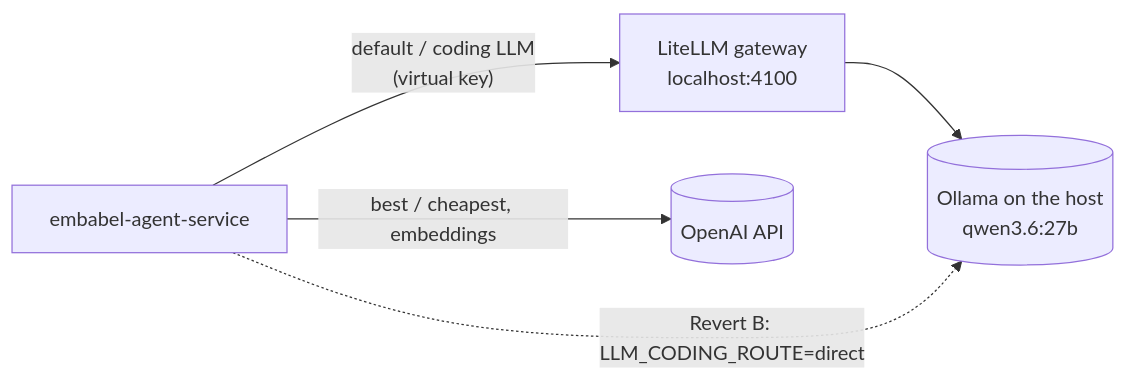
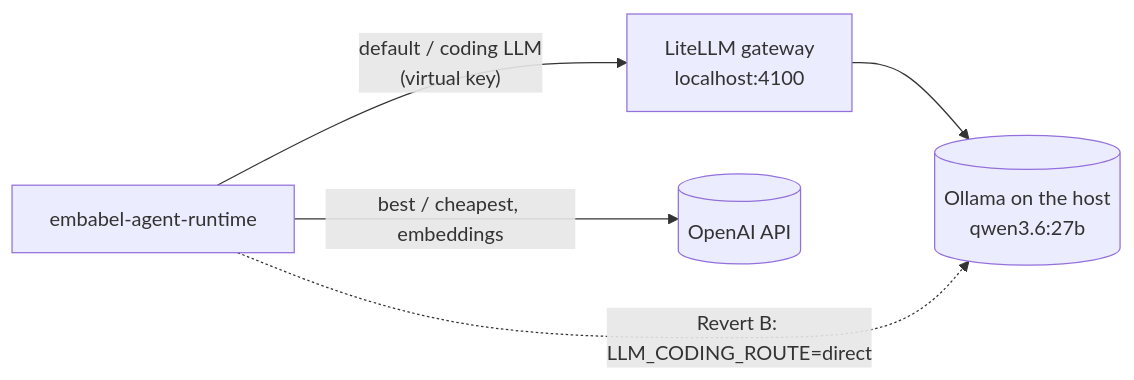
One commit to OpenJCockpit/OpenJCockpit changed the diagram in docs/readme/integrations/llm-providers.md. Above: the diagram before and after it, drawn with Mermaid. The commit also changed other lines of this file and 376 other files, not shown here.

Commit message:
feat: Moved embabel agent runtime to its own package which is an architectural improvement.

````diff
--- a/docs/readme/integrations/llm-providers.md
+++ b/docs/readme/integrations/llm-providers.md
@@ -12,7 +12,7 @@
 ```mermaid
 flowchart LR
-    E[embabel-agent-service] -- "default / coding LLM<br/>(virtual key)" --> L[LiteLLM gateway<br/>localhost:4100]
+    E[embabel-agent-runtime] -- "default / coding LLM<br/>(virtual key)" --> L[LiteLLM gateway<br/>localhost:4100]
     L --> O[(Ollama on the host<br/>qwen3.6:27b)]
     E -- "best / cheapest, embeddings" --> OA[(OpenAI API)]
     E -. "Revert B: LLM_CODING_ROUTE=direct" .-> O
 ```
````
